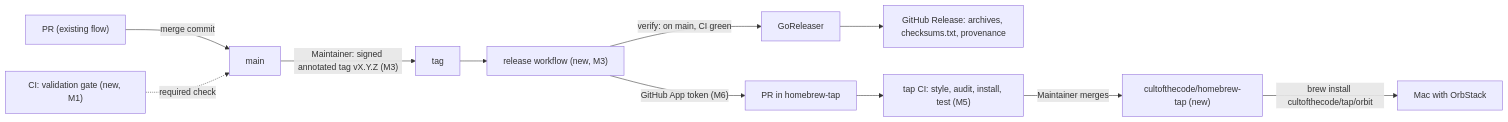
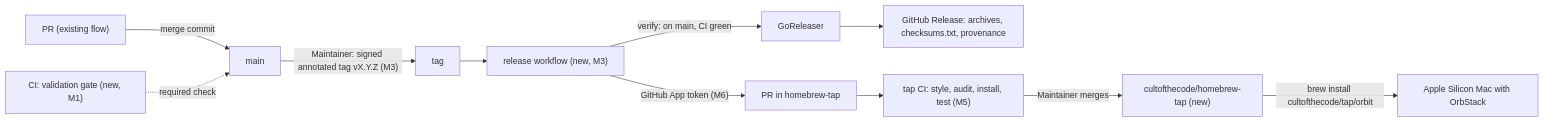
The diagram in .ai/specs/2026-11-11-homebrew-distribution.md (cultofthecode/orbit), drawn with Mermaid before and after one commit. The commit also changed other lines of this file, not shown here.

````diff
--- a/.ai/specs/2026-11-11-homebrew-distribution.md
+++ b/.ai/specs/2026-11-11-homebrew-distribution.md
@@ -44,13 +44,13 @@
 ```mermaid
 flowchart LR
   pr["PR (existing flow)"] -->|"merge commit"| main["main"]
   ci["CI: validation gate (new, M1)"] -. "required check" .-> main
   main -->|"Maintainer: signed annotated tag vX.Y.Z (M3)"| tag["tag"]
   tag --> rel["release workflow (new, M3)"]
   rel -->|"verify: on main, CI green"| gr["GoReleaser"]
   gr --> ghr["GitHub Release: archives, checksums.txt, provenance"]
   rel -->|"GitHub App token (M6)"| tappr["PR in homebrew-tap"]
   tappr --> tapci["tap CI: style, audit, install, test (M5)"]
   tapci -->|"Maintainer merges"| tap["cultofthecode/homebrew-tap (new)"]
-  tap -->|"brew install cultofthecode/tap/orbit"| user["Mac with OrbStack"]
+  tap -->|"brew install cultofthecode/tap/orbit"| user["Apple Silicon Mac with OrbStack"]
 ```
````
